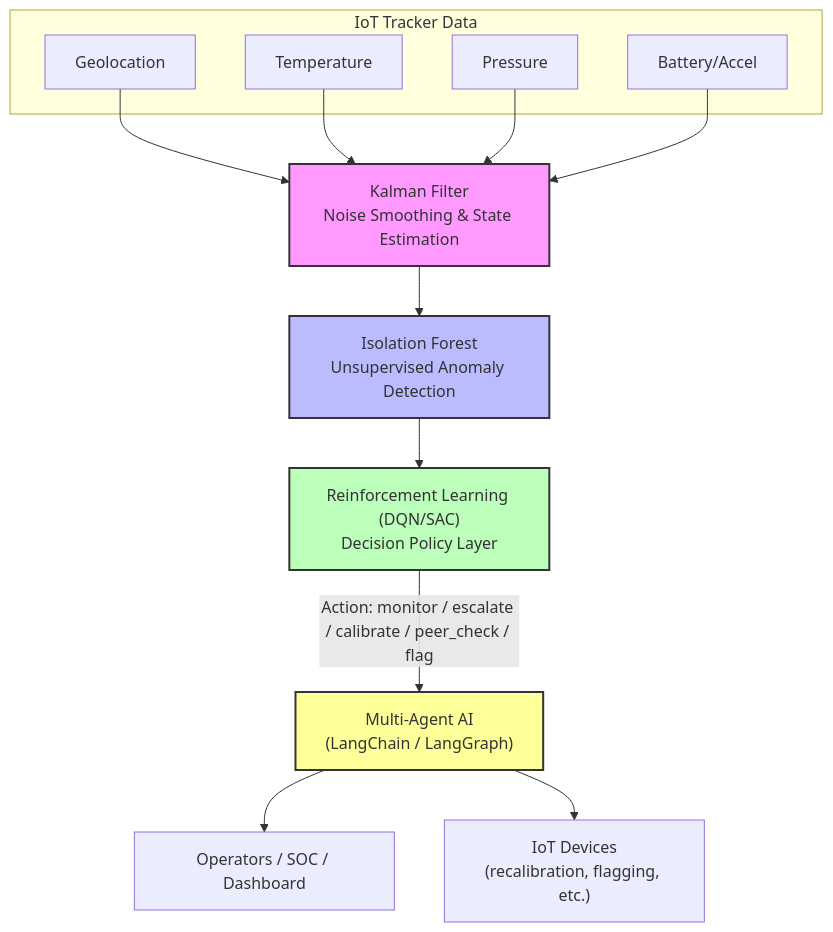
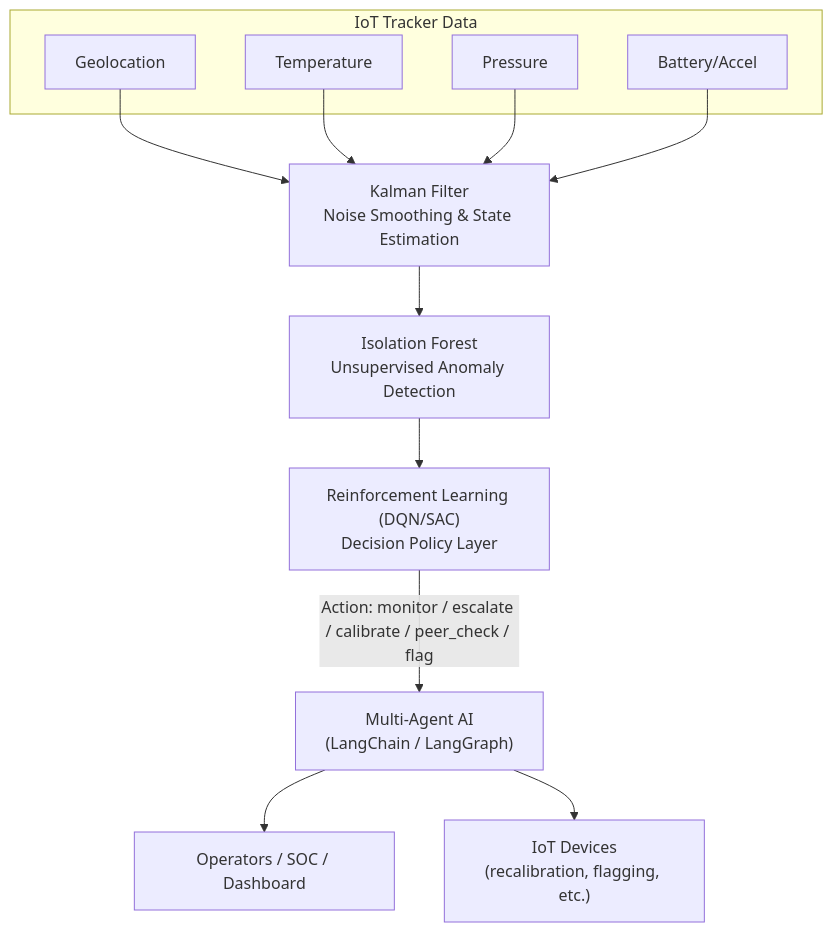
The diagram in diagram/aiot.md (jshuo/phoenix-multi-agent-soc), drawn with Mermaid before and after one commit.

Commit message:
rm styling

````diff
--- a/diagram/aiot.md
+++ b/diagram/aiot.md
@@ -1,26 +1,22 @@
 ```mermaid
 flowchart TD
     subgraph Data["IoT Tracker Data"]
         A1[Geolocation] 
         A2[Temperature]
         A3[Pressure]
         A4[Battery/Accel]
     end
 
     A1 & A2 & A3 & A4 --> KF[Kalman Filter\nNoise Smoothing & State Estimation]
 
     KF --> IF[Isolation Forest\nUnsupervised Anomaly Detection]
 
     IF --> RL["Reinforcement Learning (DQN/SAC)\nDecision Policy Layer"]
 
     RL -->|Action: monitor / escalate / calibrate / peer_check / flag| Agent["Multi-Agent AI\n(LangChain / LangGraph)"]
 
     Agent --> Ops[Operators / SOC / Dashboard]
     Agent --> Devices["IoT Devices\n(recalibration, flagging, etc.)"]
 
-    style KF fill:#f9f,stroke:#333,stroke-width:2px
-    style IF fill:#bbf,stroke:#333,stroke-width:2px
-    style RL fill:#bfb,stroke:#333,stroke-width:2px
-    style Agent fill:#ff9,stroke:#333,stroke-width:2px
 
 ```
````
